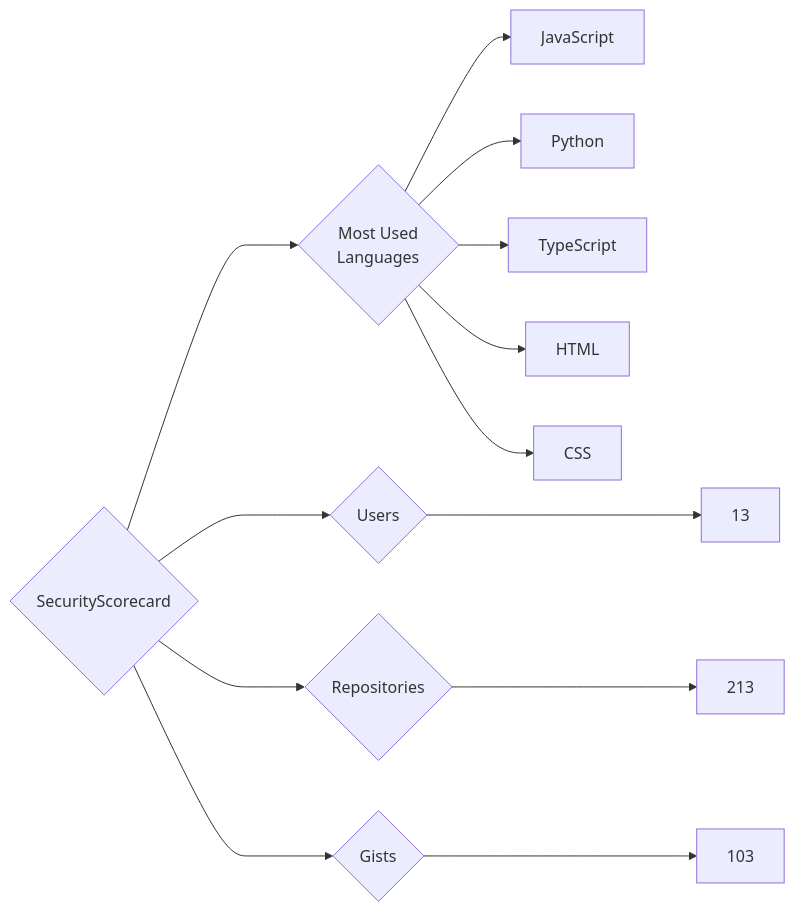
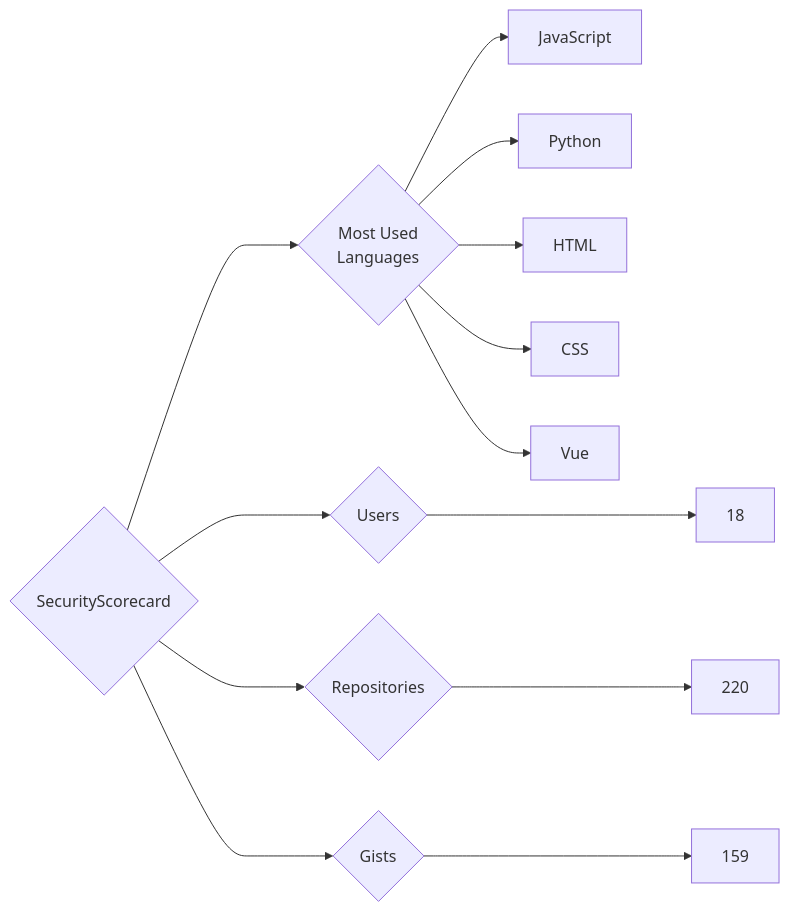
The diagram in targets/SecurityScorecard/README.md (trickest/insiders), drawn with Mermaid before and after one commit. The commit also changed 835 other files, not shown here.

````diff
--- a/targets/SecurityScorecard/README.md
+++ b/targets/SecurityScorecard/README.md
@@ -3,13 +3,13 @@
 ```mermaid
 graph LR
 COMPANY_NAME{SecurityScorecard}
-COMPANY_NAME ---> U{Users} ---> UN[13]
-COMPANY_NAME ---> R{Repositories} ---> RN[213]
-COMPANY_NAME ---> G{Gists} ---> GN[103]
+COMPANY_NAME ---> U{Users} ---> UN[18]
+COMPANY_NAME ---> R{Repositories} ---> RN[220]
+COMPANY_NAME ---> G{Gists} ---> GN[159]
 COMPANY_NAME ---> ML{Most Used<br>Languages}
 ML --> JavaScript[JavaScript]
 ML --> Python[Python]
-ML --> TypeScript[TypeScript]
 ML --> HTML[HTML]
 ML --> CSS[CSS]
+ML --> Vue[Vue]
 ```
````
